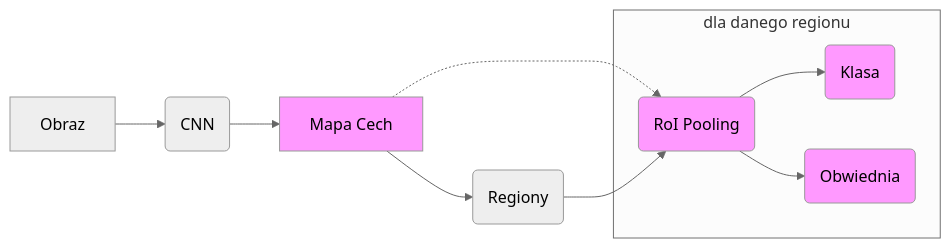
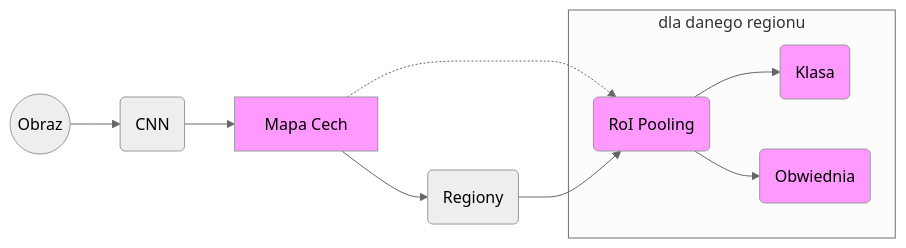
The diagram in thesis/chapters/podejscie/mask_r-cnn/fast_r-cnn.mmd (rzadp/badminton-monorepo), drawn with Mermaid (neutral theme) before and after one commit. The commit also changed 4 other files, not shown here.

```diff
--- a/thesis/chapters/podejscie/mask_r-cnn/fast_r-cnn.mmd
+++ b/thesis/chapters/podejscie/mask_r-cnn/fast_r-cnn.mmd
@@ -1,33 +1,33 @@
 graph LR
 
 %% ...::: NODES :::...
 
-input[Obraz]
+input((Obraz))
 cnn(CNN)
 feature_map[Mapa Cech]
 rpn(Regiony)
 roi(RoI Pooling)
 
 clas(Klasa)
 bounding_box(Obwiednia)
 
 %% ...::: STYLING :::...
 
 %% style input fill:#bddaff,stroke:#4294ff
 style roi fill:#f9f
 style feature_map fill:#f9f
 style clas fill:#f9f
 style bounding_box fill:#f9f
 
 %% ...::: FLOWS :::...
 
 input-->cnn
 cnn-->feature_map
 feature_map-->rpn
 
 feature_map-.->roi
 rpn-->roi
 subgraph dla danego regionu
   roi-->clas
   roi-->bounding_box
 end
```
